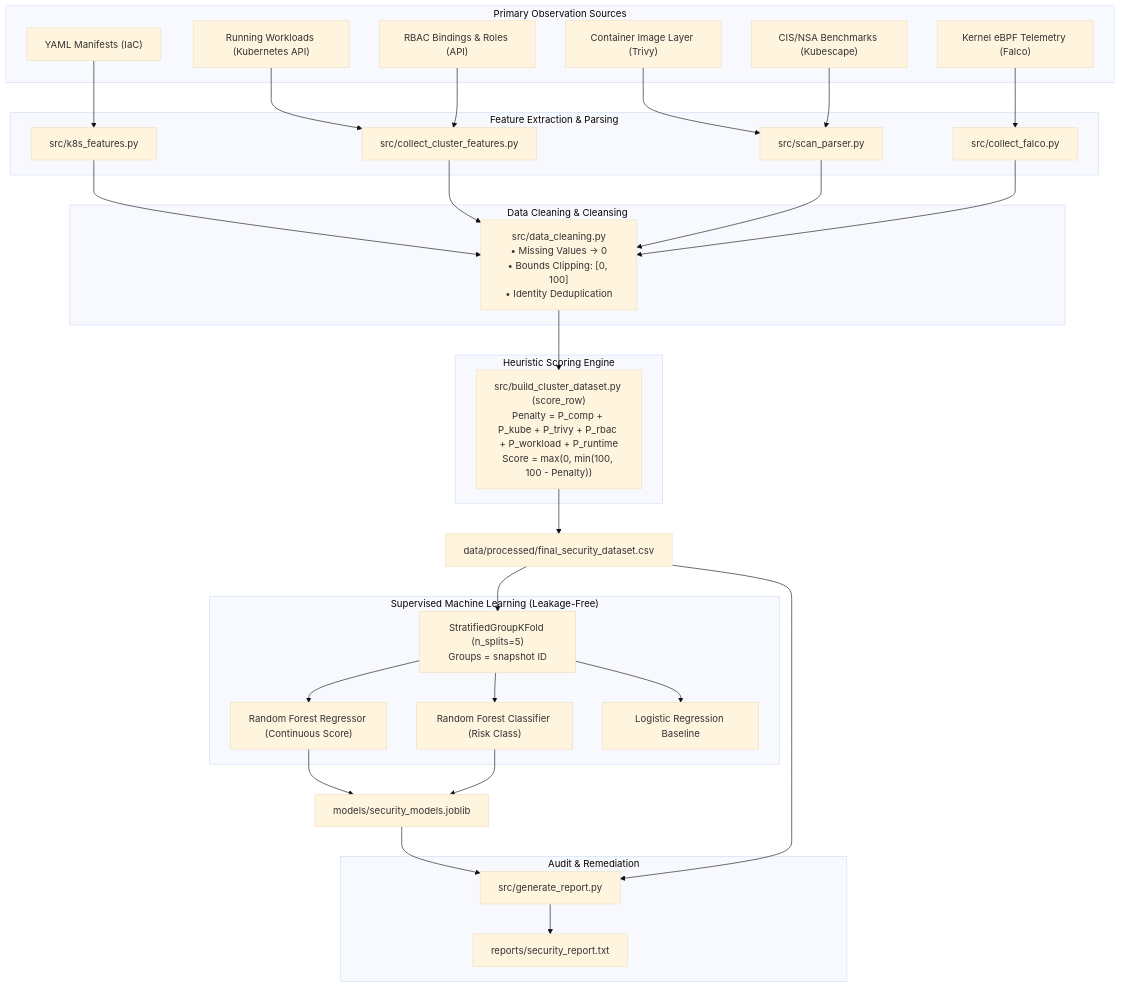
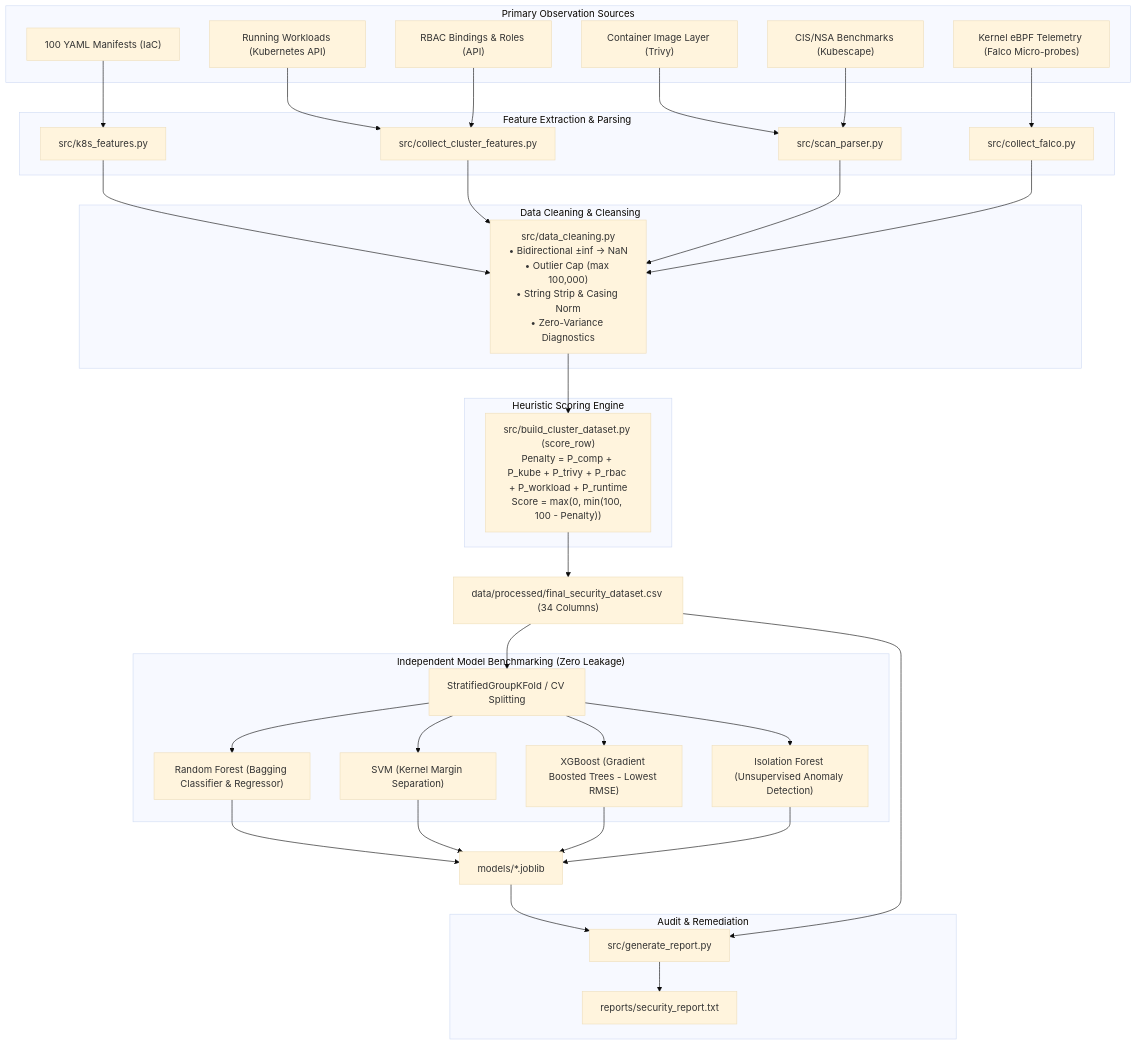
The second of 4 diagrams in docs/DETAILED_PROJECT_REPORT.md (Jayantha1028/K8s-security-assessment), drawn with Mermaid (base theme) before and after one commit. The commit also changed other lines of this file and 3 other files, not shown here.

Commit message:
docs: update README, setup, and detailed report with horizontal architecture flow

````diff
--- a/docs/DETAILED_PROJECT_REPORT.md
+++ b/docs/DETAILED_PROJECT_REPORT.md
@@ -137,55 +172,56 @@
 ```mermaid
 flowchart TD
     subgraph Input_Sources["Primary Observation Sources"]
-        IS1["YAML Manifests (IaC)"]
+        IS1["100 YAML Manifests (IaC)"]
         IS2["Running Workloads (Kubernetes API)"]
         IS3["RBAC Bindings & Roles (API)"]
         IS4["Container Image Layer (Trivy)"]
         IS5["CIS/NSA Benchmarks (Kubescape)"]
-        IS6["Kernel eBPF Telemetry (Falco)"]
+        IS6["Kernel eBPF Telemetry (Falco Micro-probes)"]
     end
 
     subgraph Feature_Extraction["Feature Extraction & Parsing"]
         FE1["src/k8s_features.py"]
         FE2["src/collect_cluster_features.py"]
         FE3["src/scan_parser.py"]
         FE4["src/collect_falco.py"]
     end
 
     IS1 --> FE1
     IS2 & IS3 --> FE2
     IS4 & IS5 --> FE3
     IS6 --> FE4
 
     subgraph Normalization["Data Cleaning & Cleansing"]
-        DC["src/data_cleaning.py<br/>• Missing Values -> 0<br/>• Bounds Clipping: [0, 100]<br/>• Identity Deduplication"]
+        DC["src/data_cleaning.py<br/>• Bidirectional ±inf -> NaN<br/>• Outlier Cap (max 100,000)<br/>• String Strip & Casing Norm<br/>• Zero-Variance Diagnostics"]
     end
 
     FE1 & FE2 & FE3 & FE4 --> DC
 
     subgraph Ground_Truth["Heuristic Scoring Engine"]
         SE["src/build_cluster_dataset.py (score_row)<br/>Penalty = P_comp + P_kube + P_trivy + P_rbac + P_workload + P_runtime<br/>Score = max(0, min(100, 100 - Penalty))"]
     end
 
     DC --> SE
-    SE --> CSV["data/processed/final_security_dataset.csv"]
+    SE --> CSV["data/processed/final_security_dataset.csv (34 Columns)"]
 
-    subgraph Machine_Learning["Supervised Machine Learning (Leakage-Free)"]
-        ML1["StratifiedGroupKFold (n_splits=5)<br/>Groups = snapshot ID"]
-        ML2["Random Forest Regressor (Continuous Score)"]
-        ML3["Random Forest Classifier (Risk Class)"]
-        ML4["Logistic Regression Baseline"]
+    subgraph Machine_Learning["Independent Model Benchmarking (Zero Leakage)"]
+        ML1["StratifiedGroupKFold / CV Splitting"]
+        ML2["Random Forest (Bagging Classifier & Regressor)"]
+        ML3["SVM (Kernel Margin Separation)"]
+        ML4["XGBoost (Gradient Boosted Trees - Lowest RMSE)"]
+        ML5["Isolation Forest (Unsupervised Anomaly Detection)"]
     end
 
     CSV --> ML1
-    ML1 --> ML2 & ML3 & ML4
-    ML2 & ML3 --> JOB["models/security_models.joblib"]
+    ML1 --> ML2 & ML3 & ML4 & ML5
+    ML2 & ML3 & ML4 & ML5 --> JOB["models/*.joblib"]
 
     subgraph Reporting["Audit & Remediation"]
         REP["src/generate_report.py"]
         TXT["reports/security_report.txt"]
     end
 
     JOB & CSV --> REP
     REP --> TXT
 ```
````
